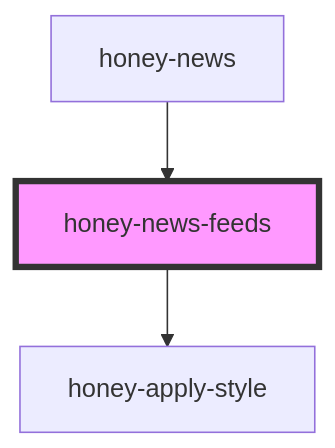
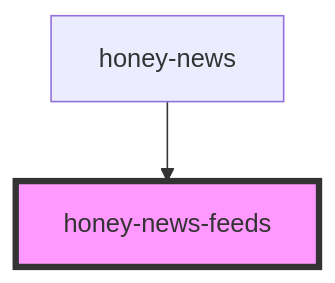
Before and after one commit to Huluvu424242/honey-news: the diagram in src/components/honey-news/feeds/readme.md, drawn with Mermaid. The commit also changed other lines of this file and 19 other files, not shown here.

````diff
--- a/src/components/honey-news/feeds/readme.md
+++ b/src/components/honey-news/feeds/readme.md
@@ -26,6 +22,5 @@
 ```mermaid
 graph TD;
-  honey-news-feeds --> honey-apply-style
   honey-news --> honey-news-feeds
   style honey-news-feeds fill:#f9f,stroke:#333,stroke-width:4px
 ```
````
